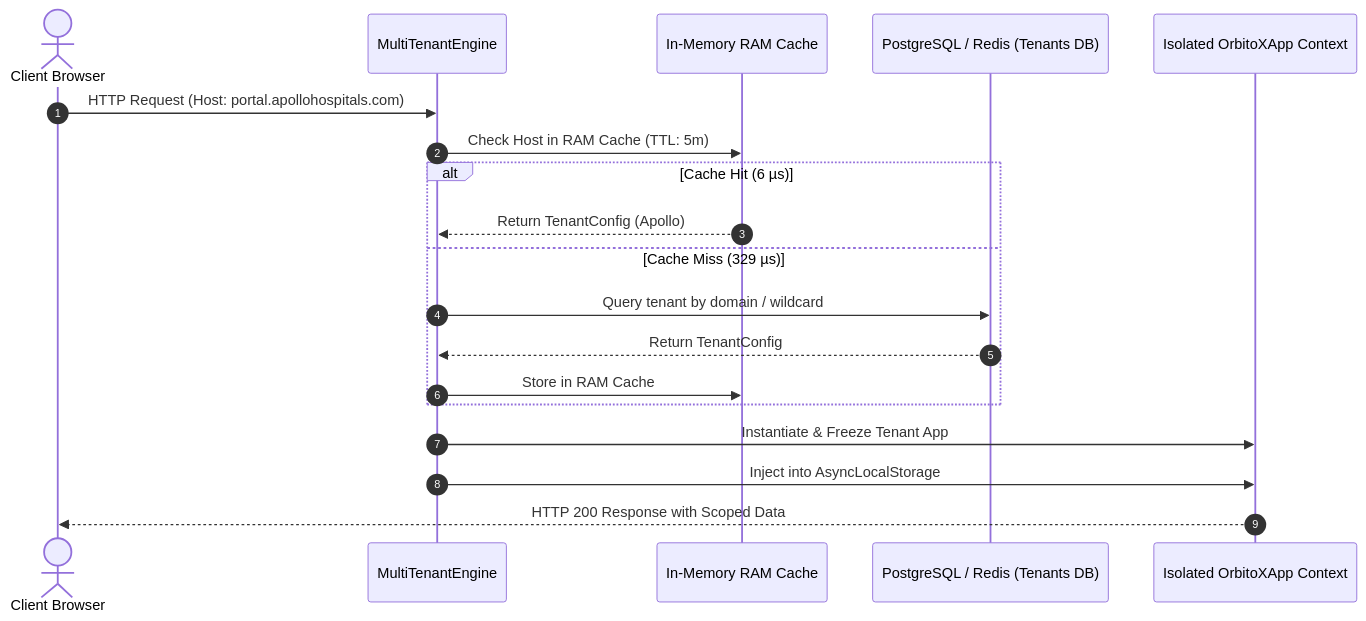
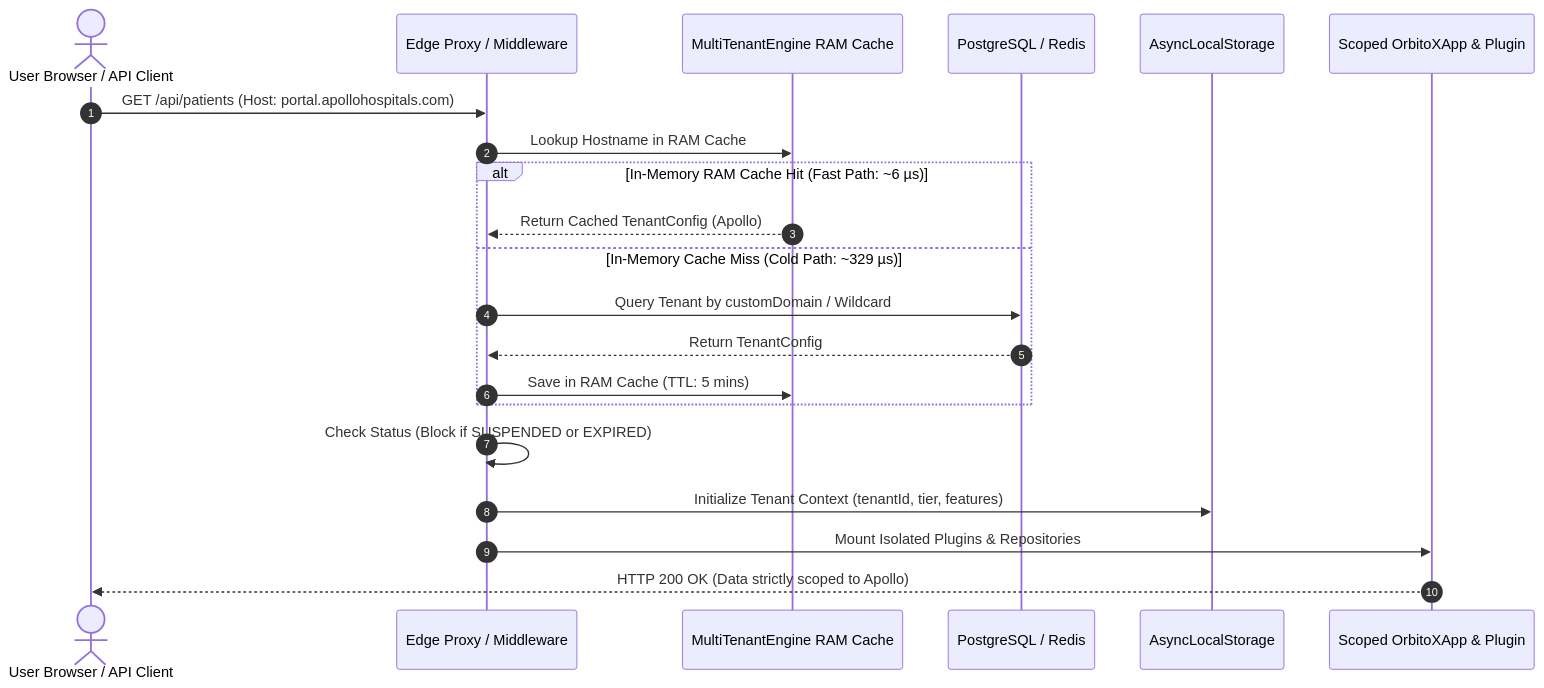
Before and after one commit to Nikhil-ig/OrbitoX-Platform: the second of 4 diagrams in developer_guide/core_engine/MULTI_TENANCY_AND_CUSTOM_DOMAINS.md, drawn with Mermaid. The commit also changed other lines of this file, not shown here.

Commit message:
docs: expand MULTI_TENANCY_AND_CUSTOM_DOMAINS.md with detailed descriptions, 3-tier hierarchy, SSL automation, and RLS strategies

````diff
--- a/developer_guide/core_engine/MULTI_TENANCY_AND_CUSTOM_DOMAINS.md
+++ b/developer_guide/core_engine/MULTI_TENANCY_AND_CUSTOM_DOMAINS.md
@@ -31,22 +84,26 @@
 ```mermaid
 sequenceDiagram
     autonumber
-    actor User as Client Browser
-    participant Router as MultiTenantEngine
-    participant Cache as In-Memory RAM Cache
-    participant DB as PostgreSQL / Redis (Tenants DB)
-    participant App as Isolated OrbitoXApp Context
+    actor Client as User Browser / API Client
+    participant Edge as Edge Proxy / Middleware
+    participant Cache as MultiTenantEngine RAM Cache
+    participant DB as PostgreSQL / Redis
+    participant Context as AsyncLocalStorage
+    participant App as Scoped OrbitoXApp & Plugin
 
-    User->>Router: HTTP Request (Host: portal.apollohospitals.com)
-    Router->>Cache: Check Host in RAM Cache (TTL: 5m)
-    alt Cache Hit (6 µs)
-        Cache-->>Router: Return TenantConfig (Apollo)
-    else Cache Miss (329 µs)
-        Router->>DB: Query tenant by domain / wildcard
-        DB-->>Router: Return TenantConfig
-        Router->>Cache: Store in RAM Cache
+    Client->>Edge: GET /api/patients (Host: portal.apollohospitals.com)
+    Edge->>Cache: Lookup Hostname in RAM Cache
+    
+    alt In-Memory RAM Cache Hit (Fast Path: ~6 µs)
+        Cache-->>Edge: Return Cached TenantConfig (Apollo)
+    else In-Memory Cache Miss (Cold Path: ~329 µs)
+        Edge->>DB: Query Tenant by customDomain / Wildcard
+        DB-->>Edge: Return TenantConfig
+        Edge->>Cache: Save in RAM Cache (TTL: 5 mins)
     end
-    Router->>App: Instantiate & Freeze Tenant App
-    Router->>App: Inject into AsyncLocalStorage
-    App-->>User: HTTP 200 Response with Scoped Data
+
+    Edge->>Edge: Check Status (Block if SUSPENDED or EXPIRED)
+    Edge->>Context: Initialize Tenant Context (tenantId, tier, features)
+    Edge->>App: Mount Isolated Plugins & Repositories
+    App-->>Client: HTTP 200 OK (Data strictly scoped to Apollo)
 ```
````
